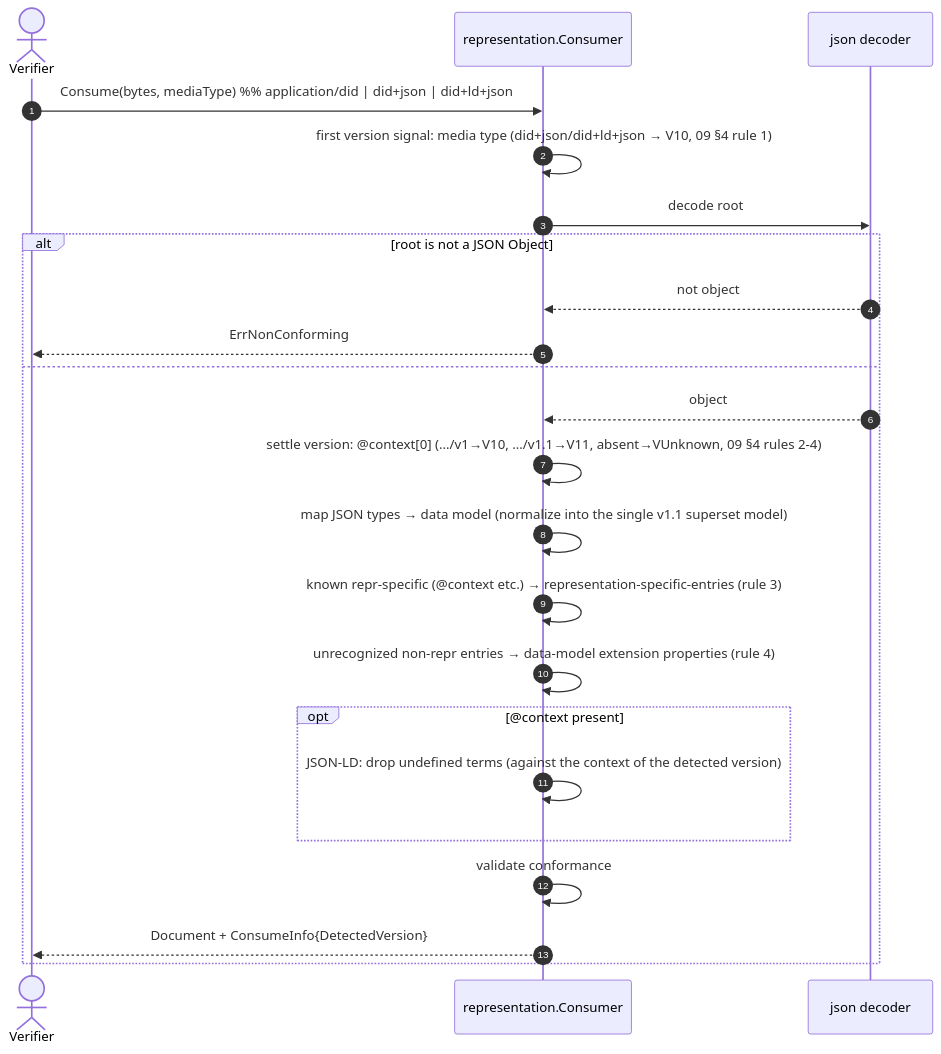
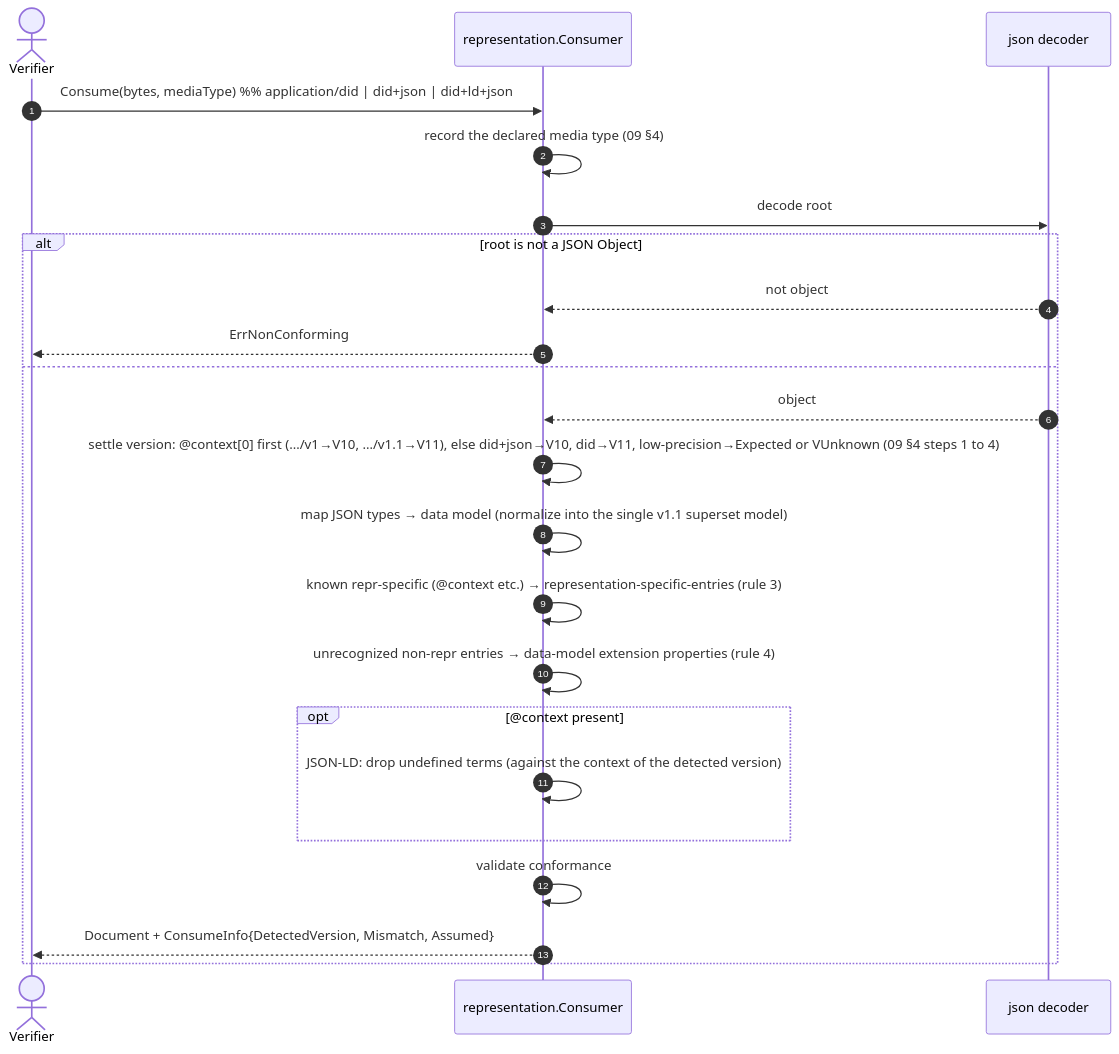
One commit to SAGE-X-project/did-go changed the fourth of 10 diagrams in docs/02-sequence-diagrams.md. Above: the diagram before and after it, drawn with Mermaid. The commit also changed other lines of this file and 10 other files, not shown here.

````diff
--- a/docs/02-sequence-diagrams.md
+++ b/docs/02-sequence-diagrams.md
@@ -94,26 +94,26 @@
 ```mermaid
 sequenceDiagram
     autonumber
     actor Verifier
     participant Cons as representation.Consumer
     participant JSON as json decoder
 
     Verifier->>Cons: Consume(bytes, mediaType)  %% application/did | did+json | did+ld+json
-    Cons->>Cons: first version signal: media type (did+json/did+ld+json → V10, 09 §4 rule 1)
+    Cons->>Cons: record the declared media type (09 §4)
     Cons->>JSON: decode root
     alt root is not a JSON Object
         JSON-->>Cons: not object
         Cons-->>Verifier: ErrNonConforming
     else
         JSON-->>Cons: object
-        Cons->>Cons: settle version: @context[0] (…/v1→V10, …/v1.1→V11, absent→VUnknown, 09 §4 rules 2-4)
+        Cons->>Cons: settle version: @context[0] first (…/v1→V10, …/v1.1→V11), else did+json→V10, did→V11, low-precision→Expected or VUnknown (09 §4 steps 1 to 4)
         Cons->>Cons: map JSON types → data model (normalize into the single v1.1 superset model)
         Cons->>Cons: known repr-specific (@context etc.) → representation-specific-entries (rule 3)
         Cons->>Cons: unrecognized non-repr entries → data-model extension properties (rule 4)
         opt @context present
             Cons->>Cons: JSON-LD: drop undefined terms (against the context of the detected version)
         end
         Cons->>Cons: validate conformance
-        Cons-->>Verifier: Document + ConsumeInfo{DetectedVersion}
+        Cons-->>Verifier: Document + ConsumeInfo{DetectedVersion, Mismatch, Assumed}
     end
 ```
````
